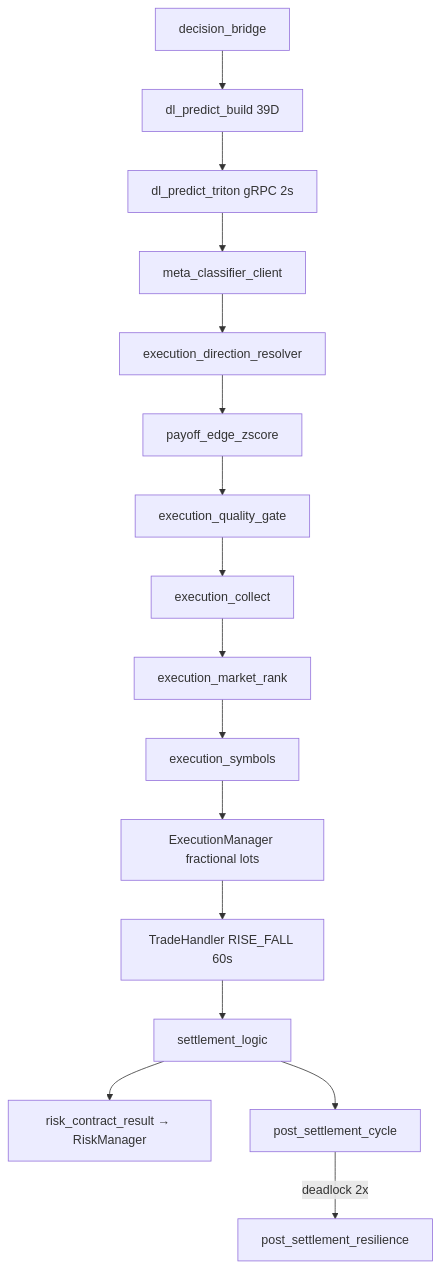
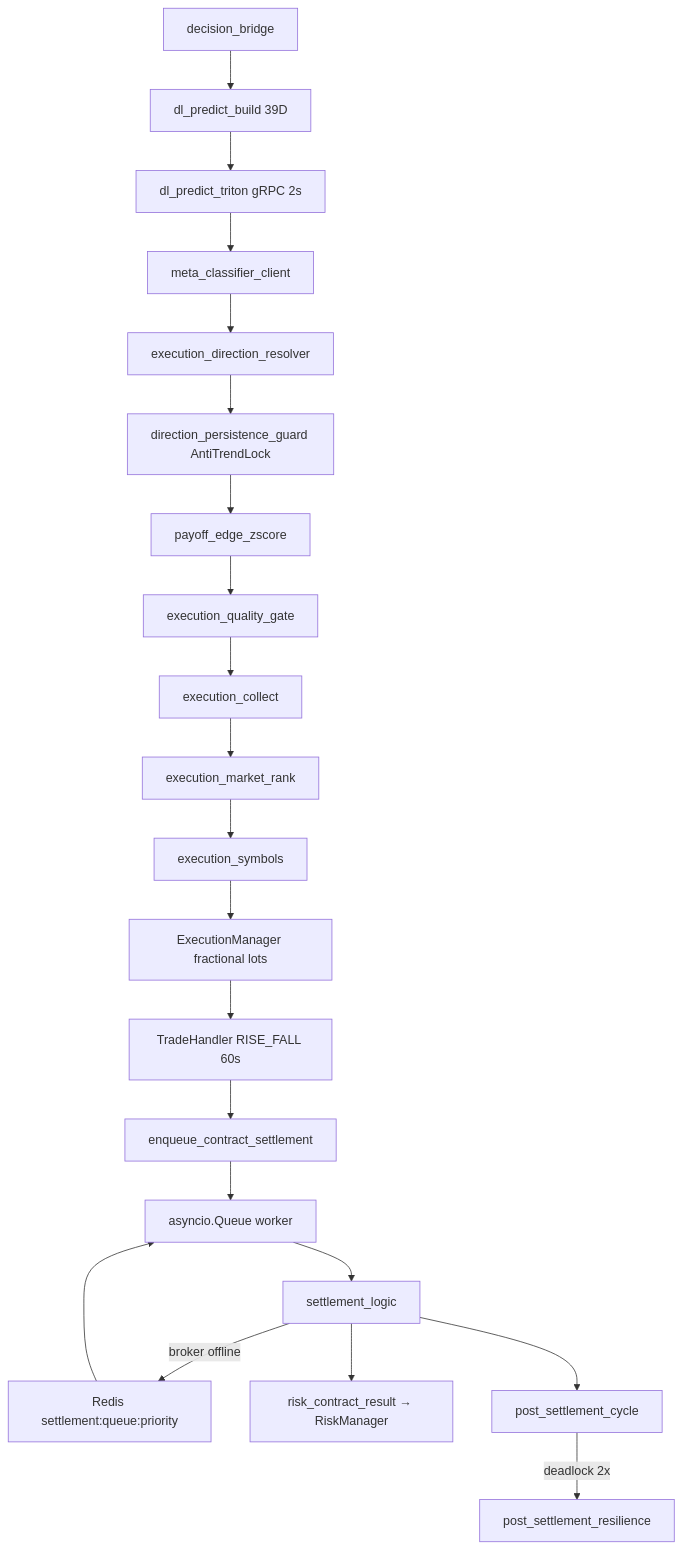
Before and after one commit to victorh-silveira/aether-quantum-engine: the diagram in docs/structure.md, drawn with Mermaid. The commit also changed other lines of this file and 9 other files, not shown here.

````diff
--- a/docs/structure.md
+++ b/docs/structure.md
@@ -416,18 +417,23 @@
 ```mermaid
 flowchart TD
   BR[decision_bridge] --> BUNDLE[dl_predict_build 39D]
   BUNDLE --> PRED[dl_predict_triton gRPC 2s]
   PRED --> META[meta_classifier_client]
   META --> RES[execution_direction_resolver]
-  RES --> ZS[payoff_edge_zscore]
+  RES --> DG[direction_persistence_guard AntiTrendLock]
+  DG --> ZS[payoff_edge_zscore]
   ZS --> QG[execution_quality_gate]
   QG --> COL[execution_collect]
   COL --> RANK[execution_market_rank]
   RANK --> SYM[execution_symbols]
   SYM --> EM[ExecutionManager fractional lots]
   EM --> TH[TradeHandler RISE_FALL 60s]
-  TH --> ST[settlement_logic]
+  TH --> ENQ[enqueue_contract_settlement]
+  ENQ --> WQ[asyncio.Queue worker]
+  WQ --> ST[settlement_logic]
+  ST -->|broker offline| RQ[Redis settlement:queue:priority]
+  RQ --> WQ
   ST --> RM[risk_contract_result → RiskManager]
   ST --> PSC[post_settlement_cycle]
   PSC -->|deadlock 2x| REC[post_settlement_resilience]
 ```
````
